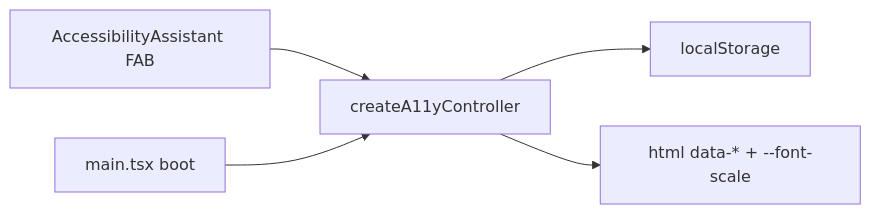
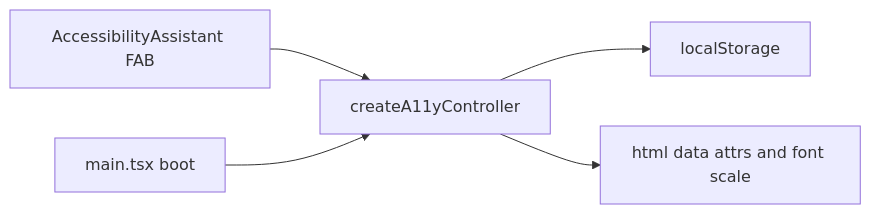
One commit to fdeniz07/BankApp changed the first of 2 diagrams in docs/learning/en/34-a11y-portable-kit.md. Above: the diagram before and after it, drawn with Mermaid. The commit also changed other lines of this file and 105 other files, not shown here.

First line of the commit message:
doc: Enrich learning chapters with labs, pitfalls, and safe Mermaid

````diff
--- a/docs/learning/en/34-a11y-portable-kit.md
+++ b/docs/learning/en/34-a11y-portable-kit.md
@@ -13,7 +15,7 @@
 ```mermaid
 flowchart LR
-  FAB[AccessibilityAssistant FAB] --> CTRL[createA11yController]
-  CTRL --> LS[localStorage]
-  CTRL --> DOM[html data-* + --font-scale]
-  BOOT[main.tsx boot] --> CTRL
+  FAB["AccessibilityAssistant FAB"] --> CTRL["createA11yController"]
+  CTRL --> LS["localStorage"]
+  CTRL --> DOM["html data attrs and font scale"]
+  BOOT["main.tsx boot"] --> CTRL
 ```
````
